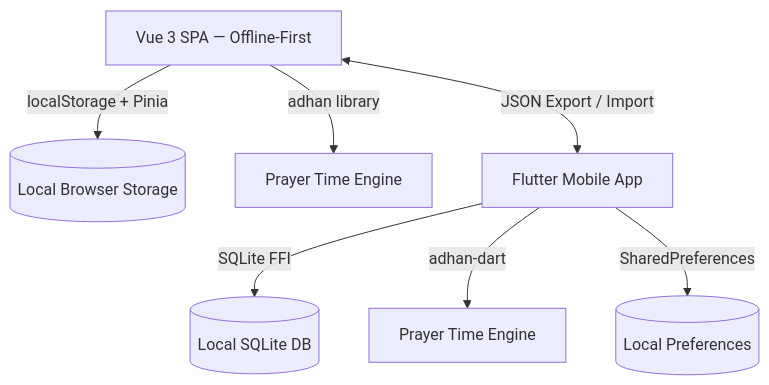
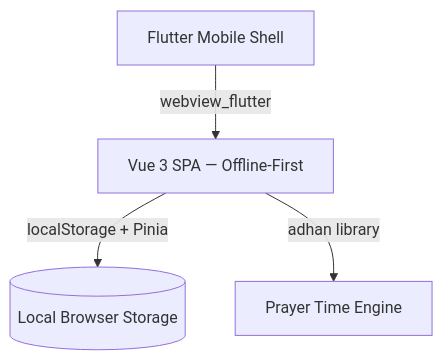
Before and after one commit to maruf-pfc/Iqamah: the diagram in README.md, drawn with Mermaid. The commit also changed other lines of this file and 27 other files, not shown here.

````diff
--- a/README.md
+++ b/README.md
@@ -21,13 +21,9 @@
 ```mermaid
 graph TD
     Client[Vue 3 SPA — Offline-First]
     Client -->|localStorage + Pinia| LocalState[(Local Browser Storage)]
     Client -->|adhan library| SalahEngine[Prayer Time Engine]
 
-    Mobile[Flutter Mobile App]
-    Mobile -->|SQLite FFI| LocalDB[(Local SQLite DB)]
-    Mobile -->|adhan-dart| SalahEngine2[Prayer Time Engine]
-    Mobile -->|SharedPreferences| Prefs[(Local Preferences)]
-
-    Client <-->|JSON Export / Import| Mobile
+    Mobile[Flutter Mobile Shell]
+    Mobile -->|webview_flutter| Client
 ```
````
